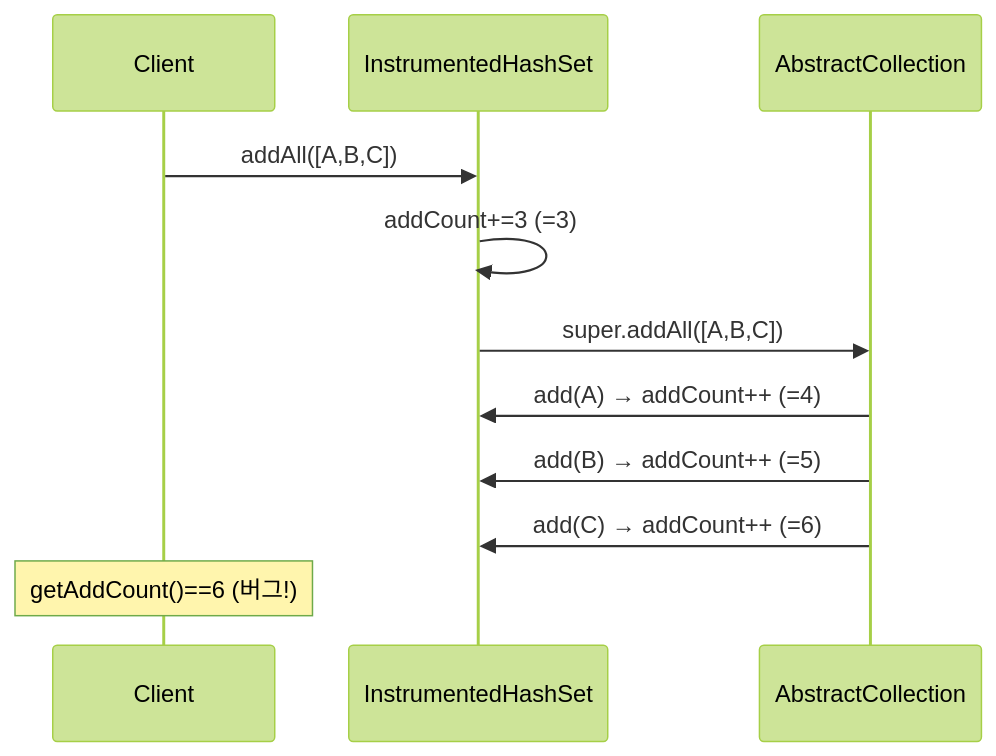
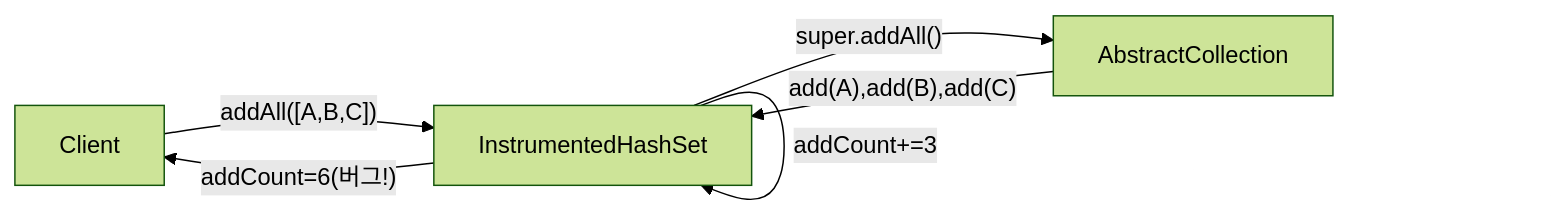
Before and after one commit to yjkim2015/yjkim2015.github.io: the second of 4 diagrams in _posts/java/2022-01-03-effective-java18.md, drawn with Mermaid (forest theme). The commit also changed 9 other files, not shown here.

````diff
--- a/_posts/java/2022-01-03-effective-java18.md
+++ b/_posts/java/2022-01-03-effective-java18.md
@@ -65,13 +65,8 @@
 ```mermaid
-sequenceDiagram
-    participant C as Client
-    participant IHS as InstrumentedHashSet
-    participant AC as AbstractCollection
-    C->>IHS: addAll([A,B,C])
-    IHS->>IHS: addCount+=3 (=3)
-    IHS->>AC: super.addAll([A,B,C])
-    AC->>IHS: add(A) → addCount++ (=4)
-    AC->>IHS: add(B) → addCount++ (=5)
-    AC->>IHS: add(C) → addCount++ (=6)
-    Note over C: getAddCount()==6 (버그!)
+graph LR
+    C["Client"] -->|"addAll([A,B,C])"| IHS["InstrumentedHashSet"]
+    IHS -->|"addCount+=3"| IHS
+    IHS -->|"super.addAll()"| AC["AbstractCollection"]
+    AC -->|"add(A),add(B),add(C)"| IHS
+    IHS -->|"addCount=6(버그!)"| C
 ```
````
